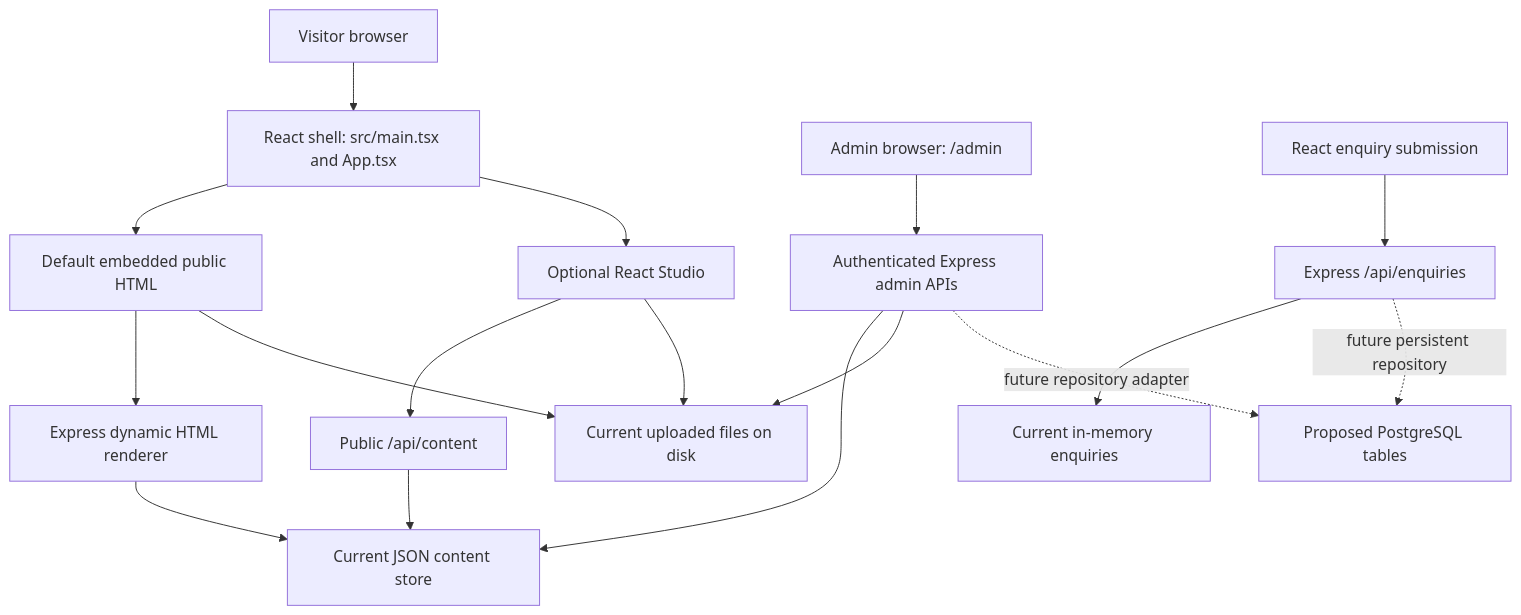
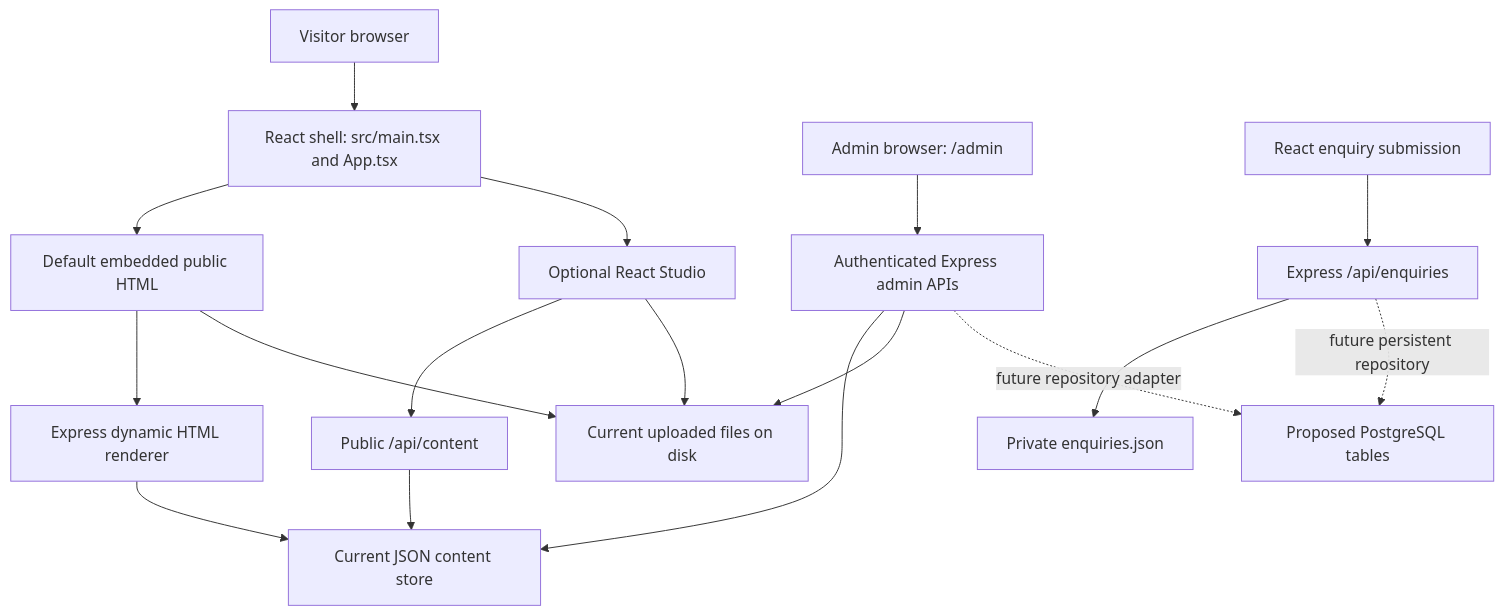
One commit to areva-Paints/areva-paint_new changed the first of 2 diagrams in AREVA_TECHNICAL_DOCUMENTATION.md. Above: the diagram before and after it, drawn with Mermaid. The commit also changed other lines of this file and 33 other files, not shown here.

````diff
--- a/AREVA_TECHNICAL_DOCUMENTATION.md
+++ b/AREVA_TECHNICAL_DOCUMENTATION.md
@@ -83,19 +83,19 @@
 ```mermaid
 flowchart TD
   Visitor[Visitor browser] --> Shell[React shell: src/main.tsx and App.tsx]
   Shell --> HTML[Default embedded public HTML]
   Shell --> Studio[Optional React Studio]
   Admin[Admin browser: /admin] --> AdminAPI[Authenticated Express admin APIs]
   AdminAPI --> Store[Current JSON content store]
   AdminAPI --> Files[Current uploaded files on disk]
   HTML --> Legacy[Express dynamic HTML renderer]
   Legacy --> Store
   Studio --> Content[Public /api/content]
   Content --> Store
   HTML --> Files
   Studio --> Files
   Enquiry[React enquiry submission] --> EnquiryAPI[Express /api/enquiries]
-  EnquiryAPI --> Memory[Current in-memory enquiries]
+  EnquiryAPI --> Enquiries[Private enquiries.json]
   AdminAPI -. future repository adapter .-> SQL[Proposed PostgreSQL tables]
   EnquiryAPI -. future persistent repository .-> SQL
 ```
````
